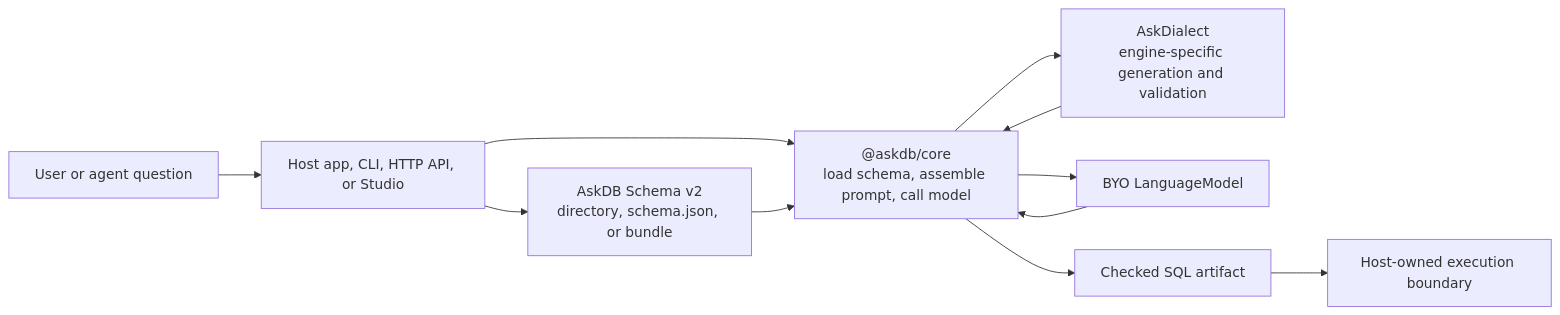
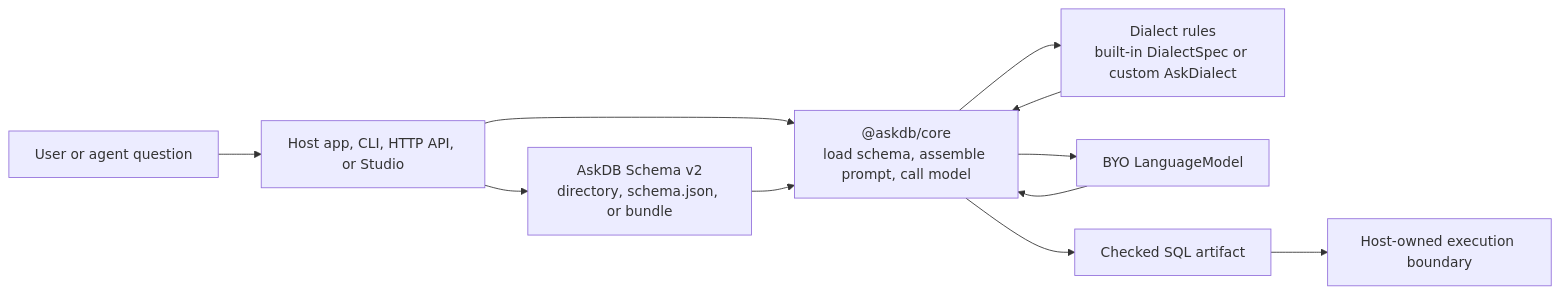
The first of 7 diagrams in docs/architecture.md (Ygilany/AskDB), drawn with Mermaid before and after one commit. The commit also changed other lines of this file and 17 other files, not shown here.

First line of the commit message:
docs(adr): ADR 0029 — @askdb/core owns the built-in dialect specs (#464)

````diff
--- a/docs/architecture.md
+++ b/docs/architecture.md
@@ -9,22 +9,22 @@
 ```mermaid
 flowchart LR
   asker["User or agent question"]
   host["Host app, CLI, HTTP API, or Studio"]
   schema["AskDB Schema v2<br/>directory, schema.json, or bundle"]
   core["@askdb/core<br/>load schema, assemble prompt, call model"]
-  dialect["AskDialect<br/>engine-specific generation and validation"]
+  dialect["Dialect rules<br/>built-in DialectSpec or custom AskDialect"]
   model["BYO LanguageModel"]
   sql["Checked SQL artifact"]
   execution["Host-owned execution boundary"]
 
   asker --> host
   host --> schema
   host --> core
   schema --> core
   core --> dialect
   core --> model
   model --> core
   dialect --> core
   core --> sql
   sql --> execution
 ```
````
